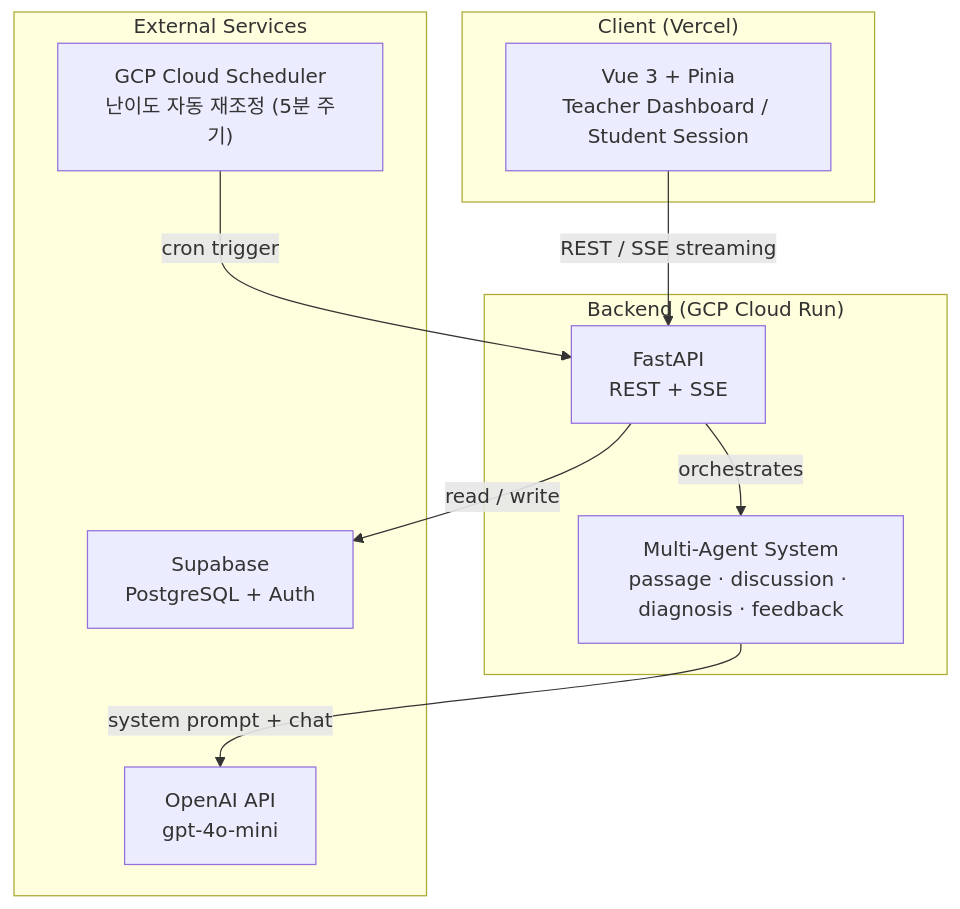
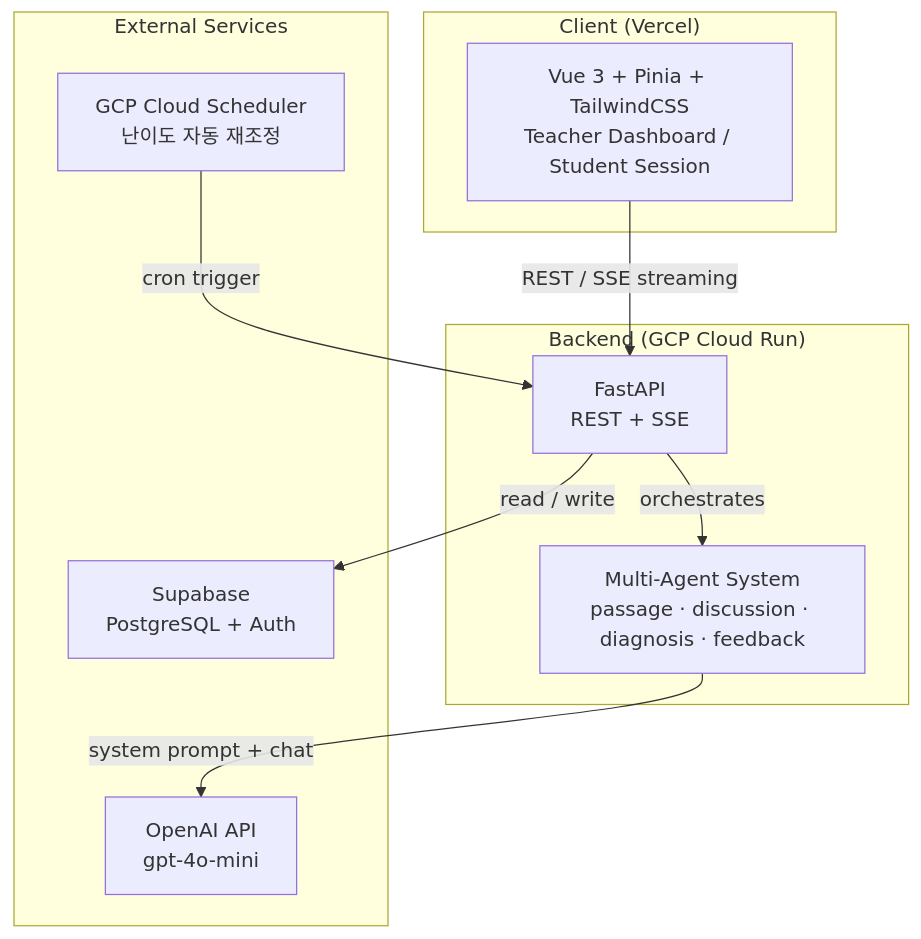
Before and after one commit to hjo0225/Tododok: the diagram in README.md, drawn with Mermaid. The commit also changed other lines of this file, not shown here.

````diff
--- a/README.md
+++ b/README.md
@@ -31,23 +59,23 @@
 ```mermaid
 graph TB
     subgraph Client["Client (Vercel)"]
-        FE["Vue 3 + Pinia\nTeacher Dashboard / Student Session"]
+        FE["Vue 3 + Pinia + TailwindCSS\nTeacher Dashboard / Student Session"]
     end
 
     subgraph Backend["Backend (GCP Cloud Run)"]
         API["FastAPI\nREST + SSE"]
         AGENTS["Multi-Agent System\npassage · discussion · diagnosis · feedback"]
     end
 
     subgraph External["External Services"]
         LLM["OpenAI API\ngpt-4o-mini"]
         DB["Supabase\nPostgreSQL + Auth"]
-        SCHED["GCP Cloud Scheduler\n난이도 자동 재조정 (5분 주기)"]
+        SCHED["GCP Cloud Scheduler\n난이도 자동 재조정"]
     end
 
     FE -- "REST / SSE streaming" --> API
     API -- orchestrates --> AGENTS
     AGENTS -- "system prompt + chat" --> LLM
     API -- "read / write" --> DB
     SCHED -- "cron trigger" --> API
 ```
````
